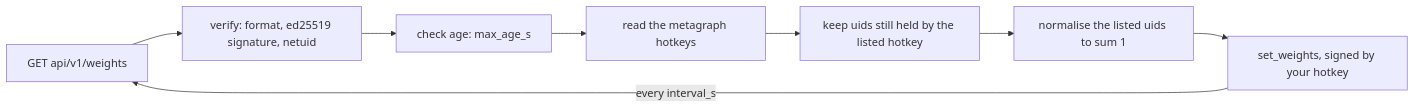
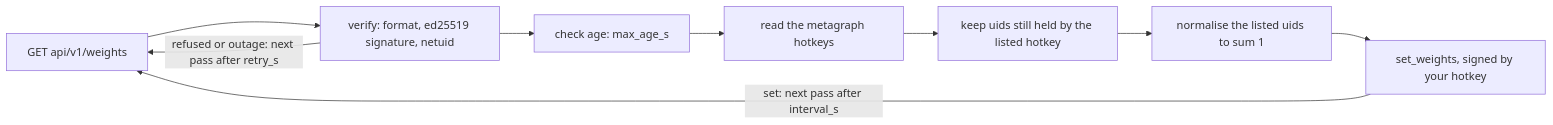
One commit to robotensor/vector-validator changed the first of 2 diagrams in README.md. Above: the diagram before and after it, drawn with Mermaid. The commit also changed other lines of this file, not shown here.

Commit message:
README: outage behaviour, pass wording

````diff
--- a/README.md
+++ b/README.md
@@ -7,10 +7,11 @@
 ```mermaid
 flowchart LR
   A["GET api/v1/weights"] --> B["verify: format, ed25519 signature, netuid"]
   B --> C["check age: max_age_s"]
   C --> D["read the metagraph hotkeys"]
   D --> E["keep uids still held by the listed hotkey"]
   E --> F["normalise the listed uids to sum 1"]
   F --> G["set_weights, signed by your hotkey"]
-  G -->|"every interval_s"| A
+  G -->|"set: next pass after interval_s"| A
+  B -->|"refused or outage: next pass after retry_s"| A
 ```
````
